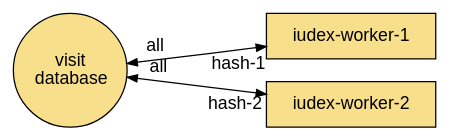
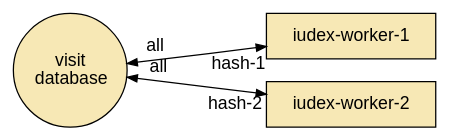
One commit to dekellum/iudex changed the diagram in www/_dot/distribute-central.dot. Above: the diagram before and after it, drawn with Graphviz. The commit also changed 10 other files, not shown here.

```diff
--- a/www/_dot/distribute-central.dot
+++ b/www/_dot/distribute-central.dot
@@ -1,15 +1,15 @@
 digraph "distribute-central" {
   rankdir=RL;
   size="6,1";
   bgcolor="transparent";
-  node [ shape=box, style="filled", fillcolor="#f8df8b",
+  node [ shape=box, style="filled", fillcolor="#f7e8b5",
          fontname="Arial", margin="0.30,0.1" ];
   edge [ fontname="Arial", labeldistance="2.6", arrowsize="0.8", minlen="3" ];
 
   "database" [ label=<visit<br/>database>, shape=circle, margin="0.05,0.05" ];
   "iudex-worker-1"
   "iudex-worker-2"
 
   "iudex-worker-1" -> "database" [ dir=both, headlabel="all", taillabel="hash-1" ];
   "iudex-worker-2" -> "database" [ dir=both, headlabel="all", taillabel="hash-2" ];
 }
```
